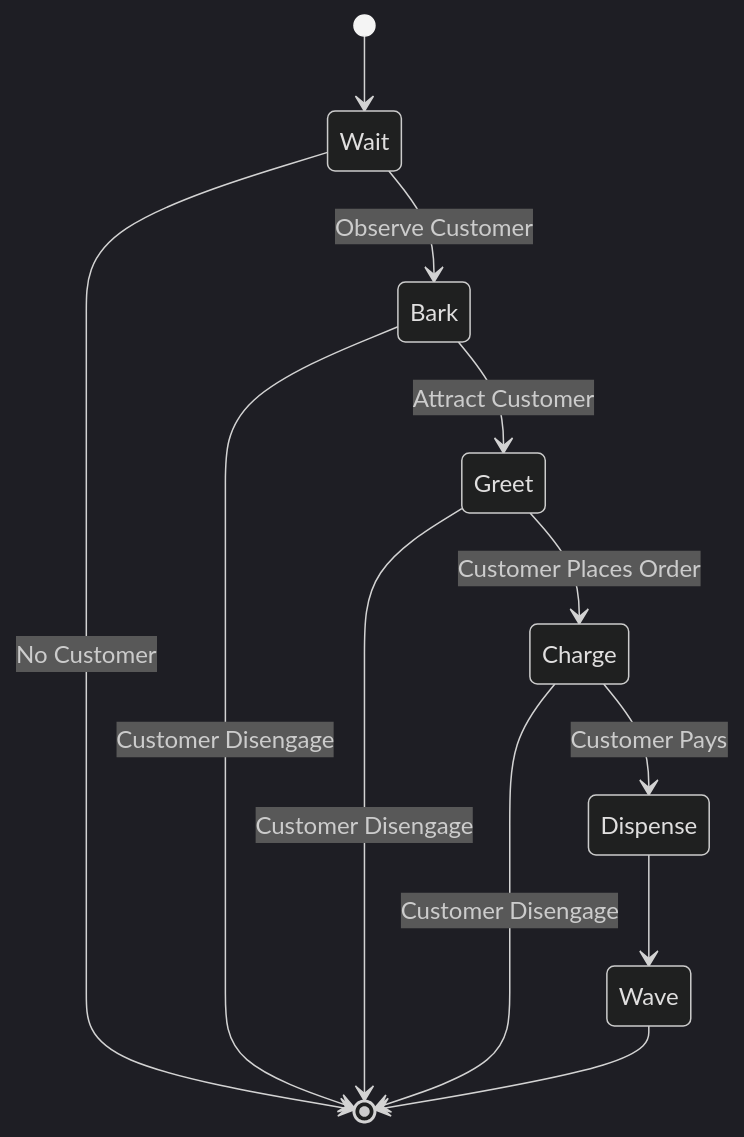
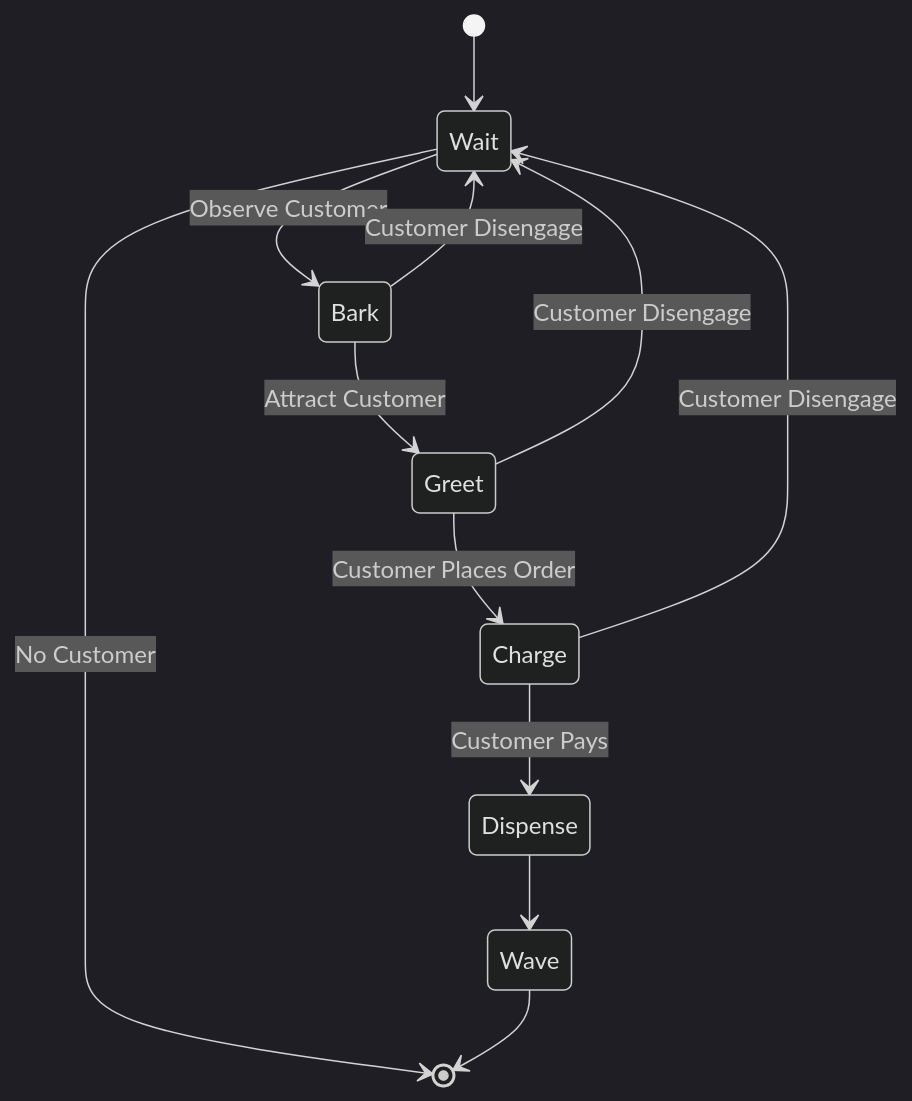
The diagram in README.md (cory-johannsen/gohtn), drawn with Mermaid (dark theme) before and after one commit.

````diff
--- a/README.md
+++ b/README.md
@@ -31,14 +31,14 @@
 ```mermaid
 stateDiagram-v2
     [*] --> Wait
     Wait --> Bark: Observe Customer
     Wait --> [*]: No Customer
     Bark --> Greet: Attract Customer
-    Bark --> [*]: Customer Disengage
+    Bark --> Wait: Customer Disengage
     Greet --> Charge: Customer Places Order
-    Greet --> [*]: Customer Disengage
+    Greet --> Wait: Customer Disengage
     Charge  --> Dispense: Customer Pays
-    Charge --> [*]: Customer Disengage
+    Charge --> Wait: Customer Disengage
     Dispense --> Wave
     Wave --> [*]
 ```
````
